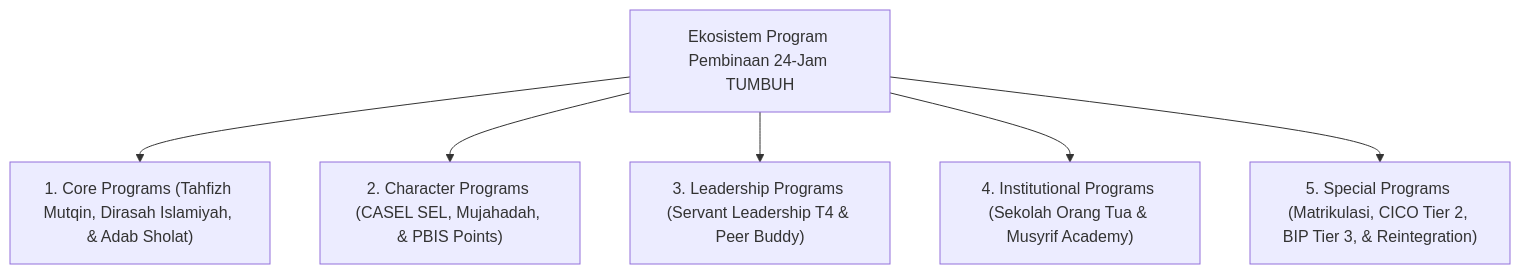
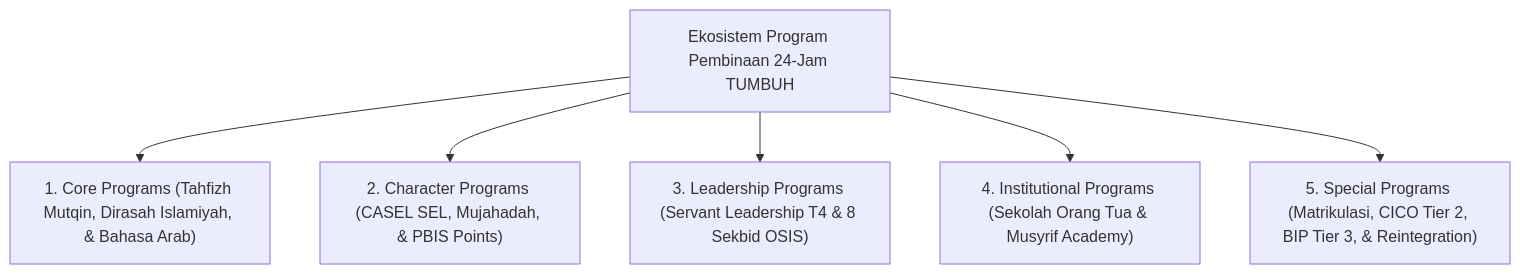
The diagram in 09 Programs/README.md (wandiapriliyandi/tumbuh), drawn with Mermaid before and after one commit. The commit also changed other lines of this file and 3 other files, not shown here.

````diff
--- a/09 Programs/README.md
+++ b/09 Programs/README.md
@@ -9,9 +16,9 @@
 ```mermaid
 graph TD
     CoreEco["Ekosistem Program Pembinaan 24-Jam TUMBUH"]
-    CoreEco --> CoreProg["1. Core Programs (Tahfizh Mutqin, Dirasah Islamiyah, & Adab Sholat)"]
+    CoreEco --> CoreProg["1. Core Programs (Tahfizh Mutqin, Dirasah Islamiyah, & Bahasa Arab)"]
     CoreEco --> CharProg["2. Character Programs (CASEL SEL, Mujahadah, & PBIS Points)"]
-    CoreEco --> LeadProg["3. Leadership Programs (Servant Leadership T4 & Peer Buddy)"]
+    CoreEco --> LeadProg["3. Leadership Programs (Servant Leadership T4 & 8 Sekbid OSIS)"]
     CoreEco --> InstProg["4. Institutional Programs (Sekolah Orang Tua & Musyrif Academy)"]
     CoreEco --> SpecProg["5. Special Programs (Matrikulasi, CICO Tier 2, BIP Tier 3, & Reintegration)"]
 ```
````
